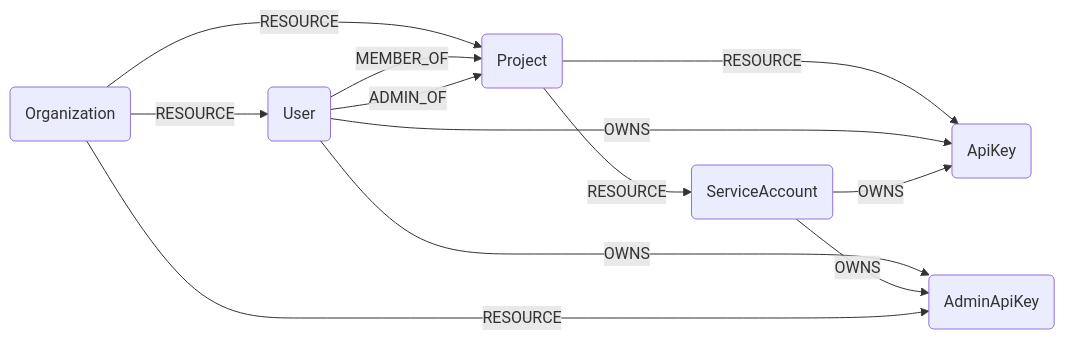
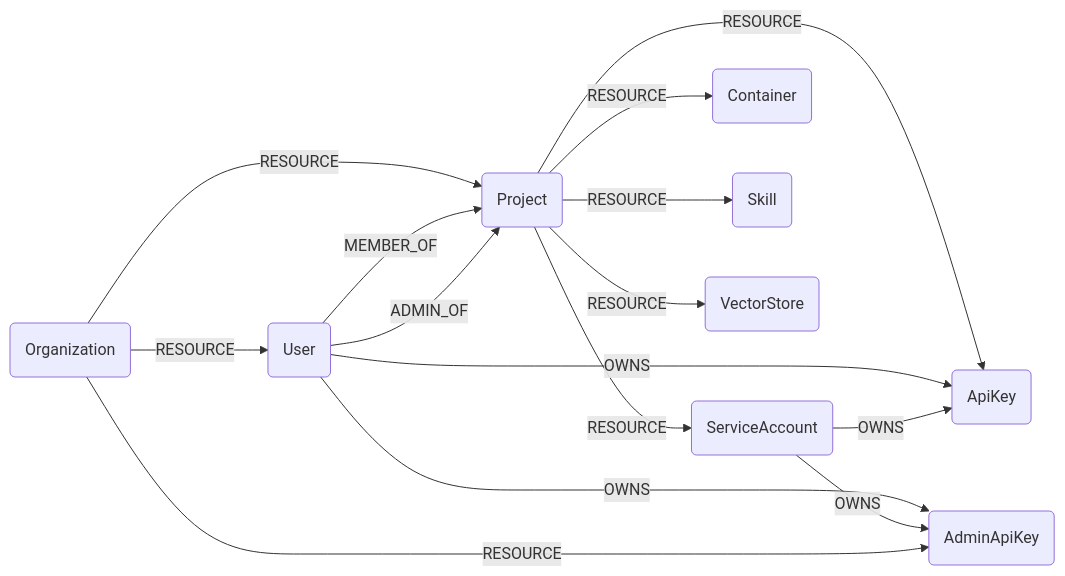
One commit to cartography-cncf/cartography changed the diagram in docs/root/modules/openai/schema.md. Above: the diagram before and after it, drawn with Mermaid. The commit also changed other lines of this file and 1 other file, not shown here.

First line of the commit message:
docs(openai): add Container, Skill, and VectorStore to schema docs

````diff
--- a/docs/root/modules/openai/schema.md
+++ b/docs/root/modules/openai/schema.md
@@ -3,14 +3,17 @@
 ```mermaid
 graph LR
 O(Organization) -- RESOURCE --> P(Project)
 O -- RESOURCE --> U(User)
 P -- RESOURCE --> K(ApiKey)
 P -- RESOURCE --> SA(ServiceAccount)
+P -- RESOURCE --> C(Container)
+P -- RESOURCE --> S(Skill)
+P -- RESOURCE --> VS(VectorStore)
 U -- OWNS --> AK
 U -- OWNS --> K
 SA -- OWNS --> AK
 SA -- OWNS --> K
 U -- MEMBER_OF --> P
 U -- ADMIN_OF --> P
 O -- RESOURCE --> AK(AdminApiKey)
 ```
````
